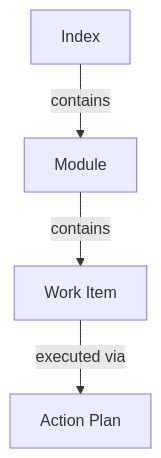
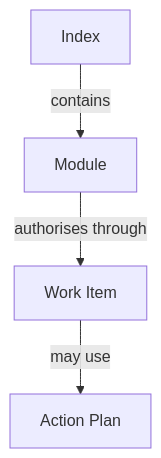
One commit to eddacraft/anvil-plan-spec changed the diagram in README.md. Above: the diagram before and after it, drawn with Mermaid. The commit also changed other lines of this file, not shown here.

````diff
--- a/README.md
+++ b/README.md
@@ -149,6 +245,6 @@
 ```mermaid
 graph TD
     A[Index] -->|contains| B[Module]
-    B -->|contains| C[Work Item]
-    C -->|executed via| D[Action Plan]
+    B -->|authorises through| C[Work Item]
+    C -->|may use| D[Action Plan]
 ```
````
